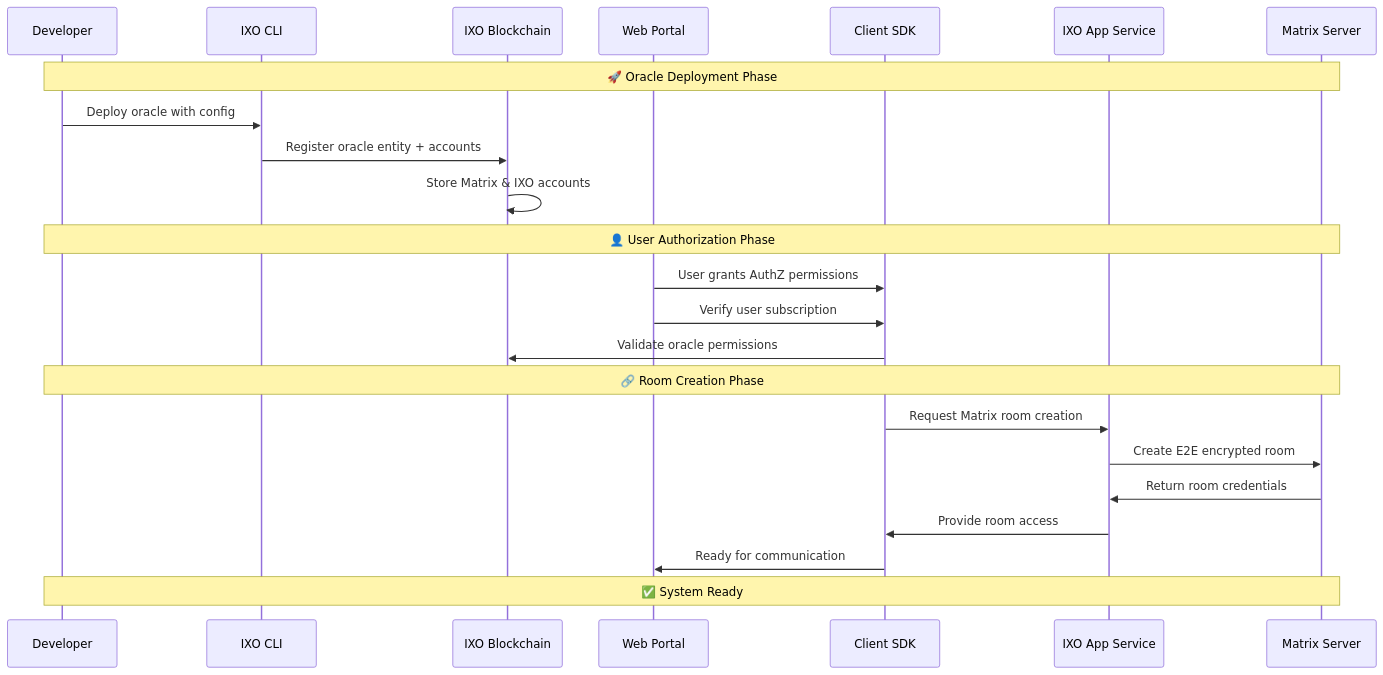
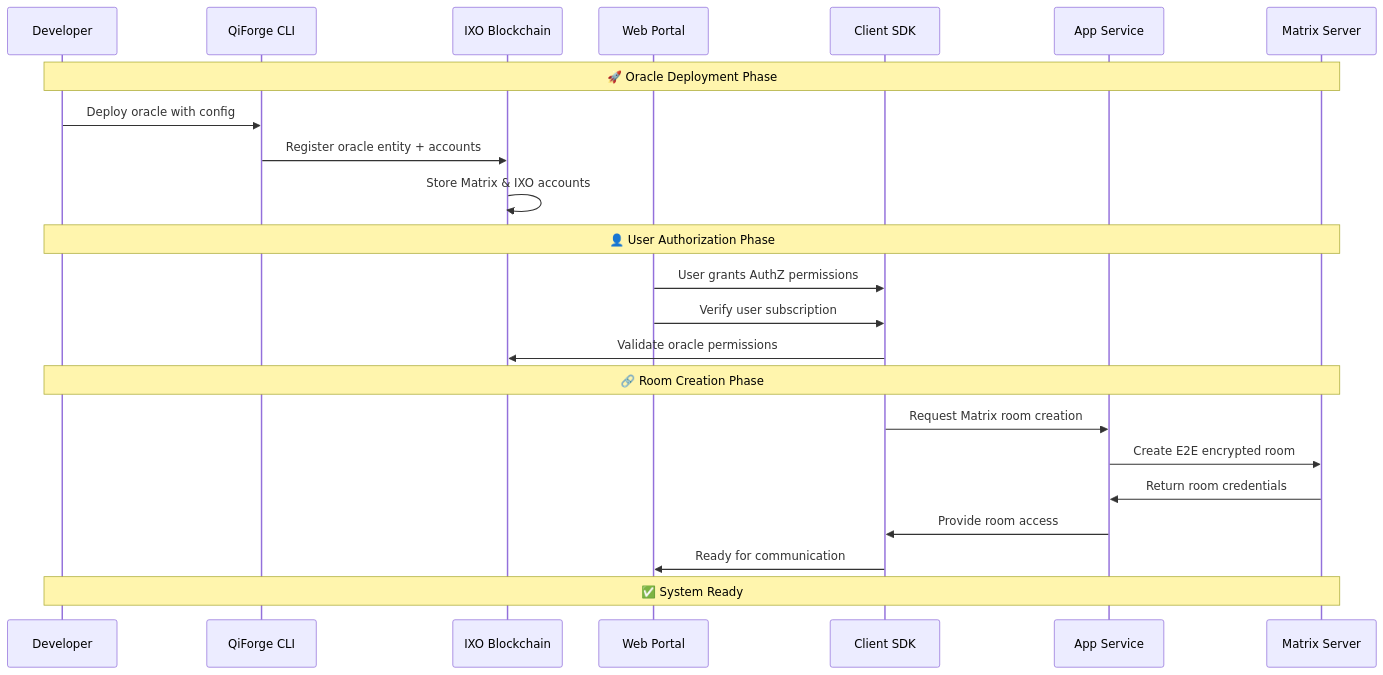
The second of 2 diagrams in README.md (ixoworld/ixo-oracles-boilerplate), drawn with Mermaid before and after one commit. The commit also changed other lines of this file and 125 other files, not shown here.

````diff
--- a/README.md
+++ b/README.md
@@ -120,29 +120,29 @@
 ```mermaid
 sequenceDiagram
     participant Dev as Developer
-    participant CLI as IXO CLI
+    participant CLI as QiForge CLI
     participant BC as IXO Blockchain
     participant Portal as Web Portal
     participant SDK as Client SDK
-    participant AS as IXO App Service
+    participant AS as App Service
     participant MX as Matrix Server
 
     Note over Dev,MX: 🚀 Oracle Deployment Phase
     Dev->>CLI: Deploy oracle with config
     CLI->>BC: Register oracle entity + accounts
     BC->>BC: Store Matrix & IXO accounts
 
     Note over Dev,MX: 👤 User Authorization Phase
     Portal->>SDK: User grants AuthZ permissions
     Portal->>SDK: Verify user subscription
     SDK->>BC: Validate oracle permissions
 
     Note over Dev,MX: 🔗 Room Creation Phase
     SDK->>AS: Request Matrix room creation
     AS->>MX: Create E2E encrypted room
     MX->>AS: Return room credentials
     AS->>SDK: Provide room access
     SDK->>Portal: Ready for communication
 
     Note over Dev,MX: ✅ System Ready
 ```
````
